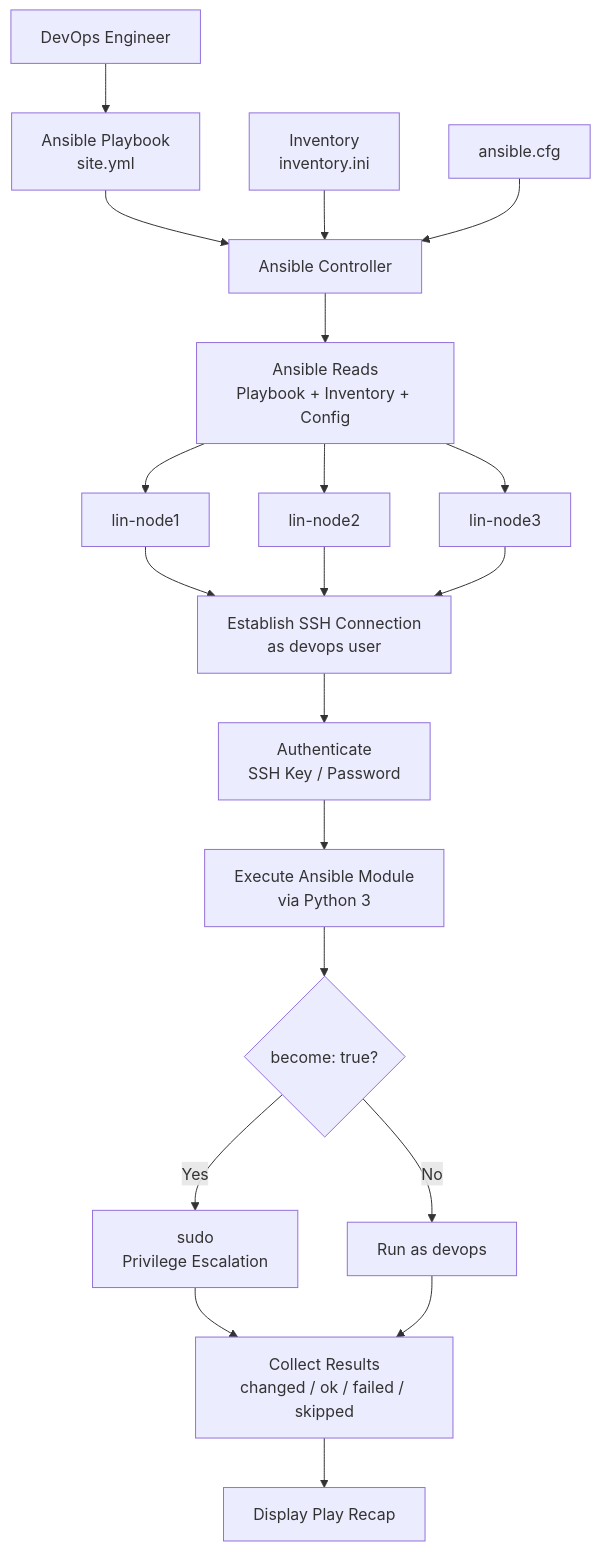
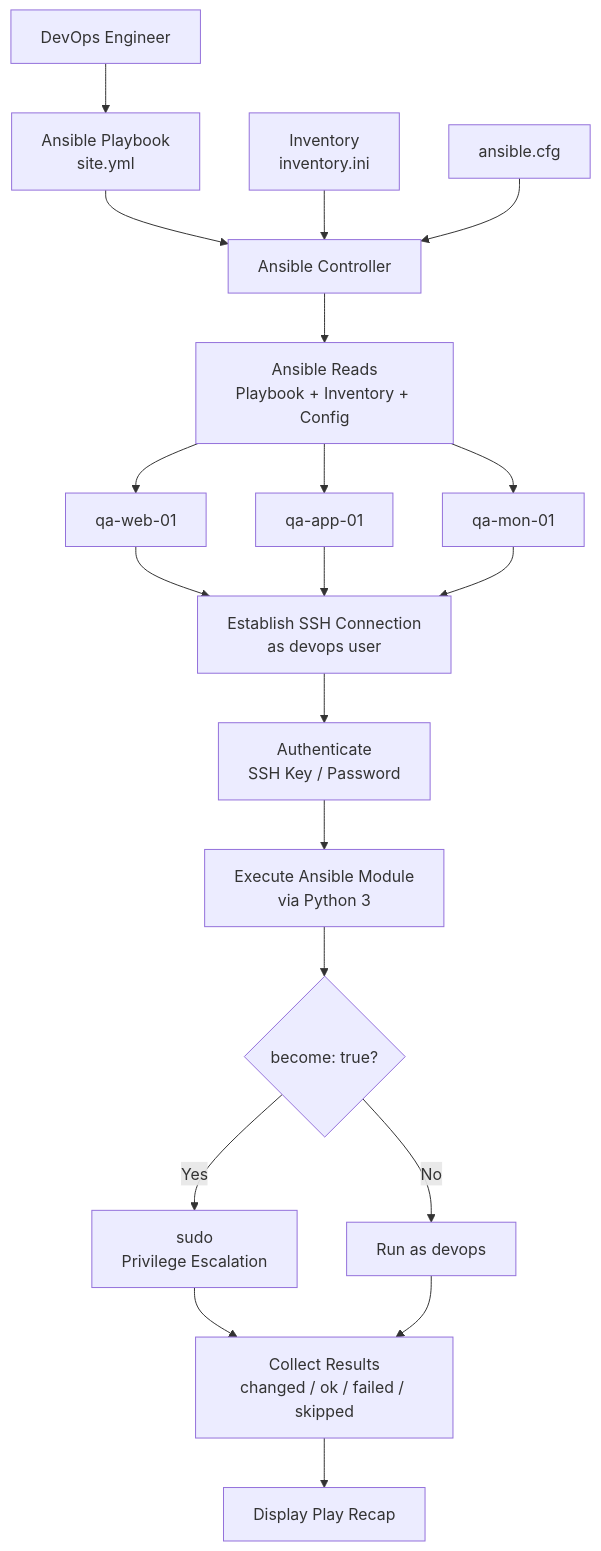
The diagram in architecture-and-flow/flow.mermaid (ongeziwe17/ansible-lab101), drawn with Mermaid before and after one commit. The commit also changed 7 other files, not shown here.

```diff
--- a/architecture-and-flow/flow.mermaid
+++ b/architecture-and-flow/flow.mermaid
@@ -1,61 +1,61 @@
 flowchart TD
     USER["DevOps Engineer"]
 
     PLAYBOOK["Ansible Playbook<br/>site.yml"]
 
     INVENTORY["Inventory<br/>inventory.ini"]
 
     CONFIG["ansible.cfg"]
 
     CONTROLLER["Ansible Controller"]
 
     PARSE["Ansible Reads<br/>Playbook + Inventory + Config"]
 
     SSH["Establish SSH Connection<br/>as devops user"]
 
     AUTH["Authenticate<br/>SSH Key / Password"]
 
     PYTHON["Execute Ansible Module<br/>via Python 3"]
 
     BECOME{"become: true?"}
 
     SUDO["sudo<br/>Privilege Escalation"]
 
     NORMAL["Run as devops"]
 
-    NODE1["lin-node1"]
-    NODE2["lin-node2"]
-    NODE3["lin-node3"]
+    NODE1["qa-web-01"]
+    NODE2["qa-app-01"]
+    NODE3["qa-mon-01"]
 
     RESULT["Collect Results<br/>changed / ok / failed / skipped"]
 
     OUTPUT["Display Play Recap"]
 
     USER --> PLAYBOOK
 
     PLAYBOOK --> CONTROLLER
     INVENTORY --> CONTROLLER
     CONFIG --> CONTROLLER
 
     CONTROLLER --> PARSE
 
     PARSE --> NODE1
     PARSE --> NODE2
     PARSE --> NODE3
 
     NODE1 --> SSH
     NODE2 --> SSH
     NODE3 --> SSH
 
     SSH --> AUTH
     AUTH --> PYTHON
 
     PYTHON --> BECOME
 
     BECOME -->|"Yes"| SUDO
     BECOME -->|"No"| NORMAL
 
     SUDO --> RESULT
     NORMAL --> RESULT
 
     RESULT --> OUTPUT
```
